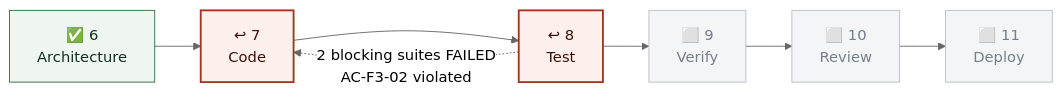
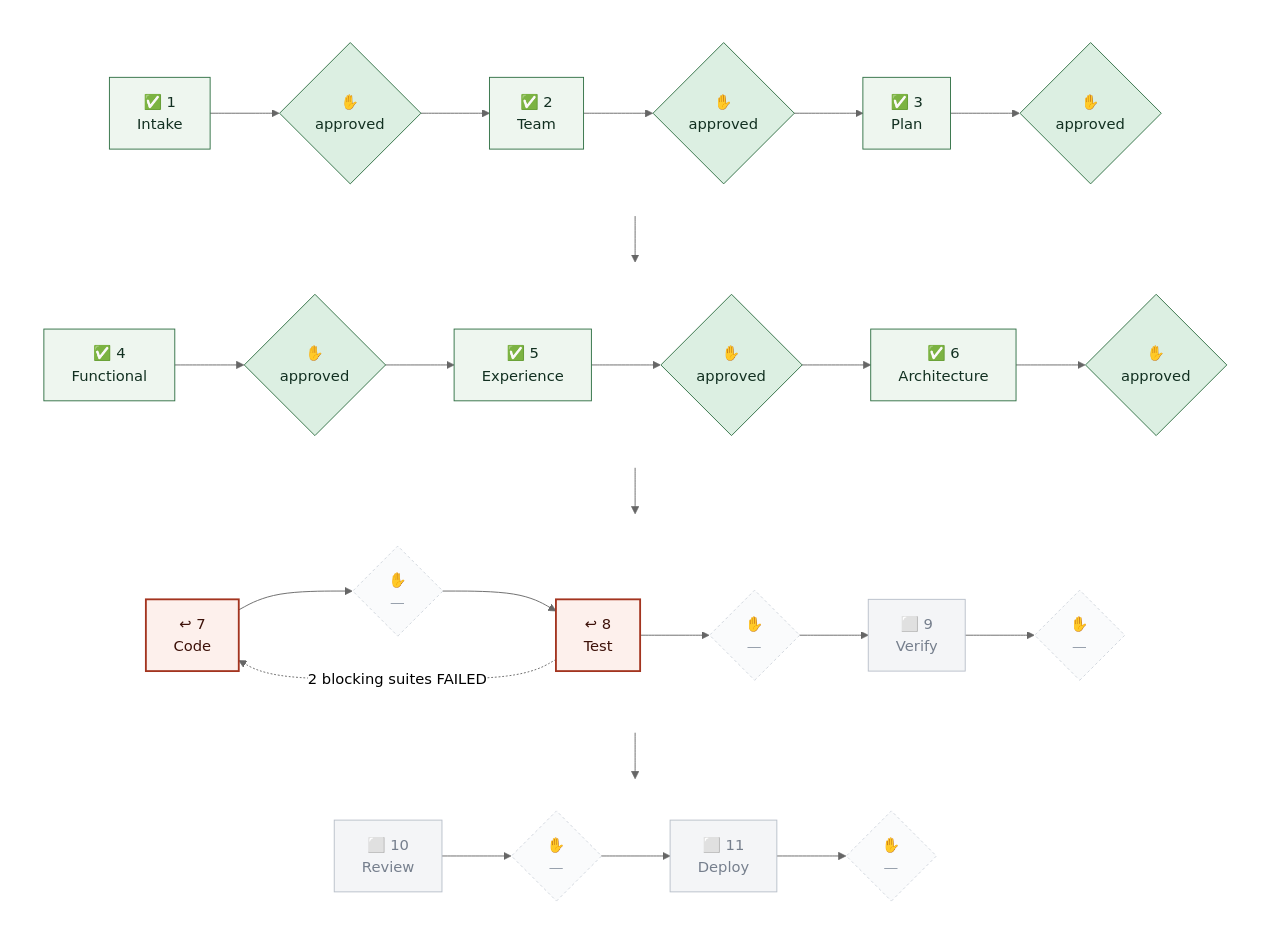
The third of 7 diagrams in admin/samples/PIPELINE_WALKTHROUGH.md (tandonakhil/AICluadeCode), drawn with Mermaid (neutral theme) before and after one commit. The commit also changed other lines of this file and 5 other files, not shown here.

First line of the commit message:
Graph: wrap at 7 boxes, human checkpoints as activated steps, mandatory control

````diff
--- a/admin/samples/PIPELINE_WALKTHROUGH.md
+++ b/admin/samples/PIPELINE_WALKTHROUGH.md
@@ -228,13 +282,41 @@
 ```mermaid
-flowchart LR
-  G6["✅ 6<br/>Architecture"] --> G7["↩ 7<br/>Code"] --> G8["↩ 8<br/>Test"]
-  G8 -.->|"2 blocking suites FAILED<br/>AC-F3-02 violated"| G7
-  G8 --> G9["⬜ 9<br/>Verify"] --> G10["⬜ 10<br/>Review"] --> G11["⬜ 11<br/>Deploy"]
-
+flowchart TB
+  subgraph r1 [" "]
+    direction LR
+    G1["✅ 1<br/>Intake"] --> H1{"✋<br/>approved"} --> G2["✅ 2<br/>Team"] --> H2{"✋<br/>approved"} --> G3["✅ 3<br/>Plan"] --> H3{"✋<br/>approved"}
+  end
+  subgraph r2 [" "]
+    direction LR
+    G4["✅ 4<br/>Functional"] --> H4{"✋<br/>approved"} --> G5["✅ 5<br/>Experience"] --> H5{"✋<br/>approved"} --> G6["✅ 6<br/>Architecture"] --> H6{"✋<br/>approved"}
+  end
+  subgraph r3 [" "]
+    direction LR
+    G7["↩ 7<br/>Code"] --> H7{"✋<br/>—"} --> G8["↩ 8<br/>Test"] --> H8{"✋<br/>—"} --> G9["⬜ 9<br/>Verify"] --> H9{"✋<br/>—"}
+  end
+  subgraph r4 [" "]
+    direction LR
+    G10["⬜ 10<br/>Review"] --> H10{"✋<br/>—"} --> G11["⬜ 11<br/>Deploy"] --> H11{"✋<br/>—"}
+  end
+  H3 --> G4
+  H6 --> G7
+  H9 --> G10
+  G8 -.->|2 blocking suites FAILED| G7
   classDef done    fill:#eef6ef,stroke:#2f6f43,color:#123021
+  classDef active  fill:#fff8e6,stroke:#8a6410,stroke-width:2px,color:#3d2c04
   classDef looped  fill:#fdf0ec,stroke:#a3341f,stroke-width:2px,color:#3d1109
+  classDef warn    fill:#fff8e6,stroke:#8a6410,stroke-width:2px,color:#3d2c04
   classDef pending fill:#f4f5f7,stroke:#b8bfc9,color:#767f8d
-  class G6 done
+  classDef skipped fill:#f4f5f7,stroke:#b8bfc9,color:#767f8d,stroke-dasharray:4 3
+  classDef hdone   fill:#dcefe2,stroke:#2f6f43,color:#123021
+  classDef hwait   fill:#ffe9a8,stroke:#8a6410,stroke-width:4px,color:#3d2c04
+  classDef hpend   fill:#fafbfc,stroke:#cfd5dd,color:#98a1ad,stroke-dasharray:3 3
+  classDef hskip   fill:#fafbfc,stroke:#cfd5dd,color:#98a1ad,stroke-dasharray:3 3
+  classDef hnone   fill:#f8ded7,stroke:#a3341f,stroke-width:3px,color:#3d1109
+  classDef rowbox  fill:none,stroke:none
+  class G1,G2,G3,G4,G5,G6 done
+  class H1,H2,H3,H4,H5,H6 hdone
   class G7,G8 looped
+  class H7,H8,H9,H10,H11 hpend
   class G9,G10,G11 pending
+  class r1,r2,r3,r4 rowbox
 ```
````
